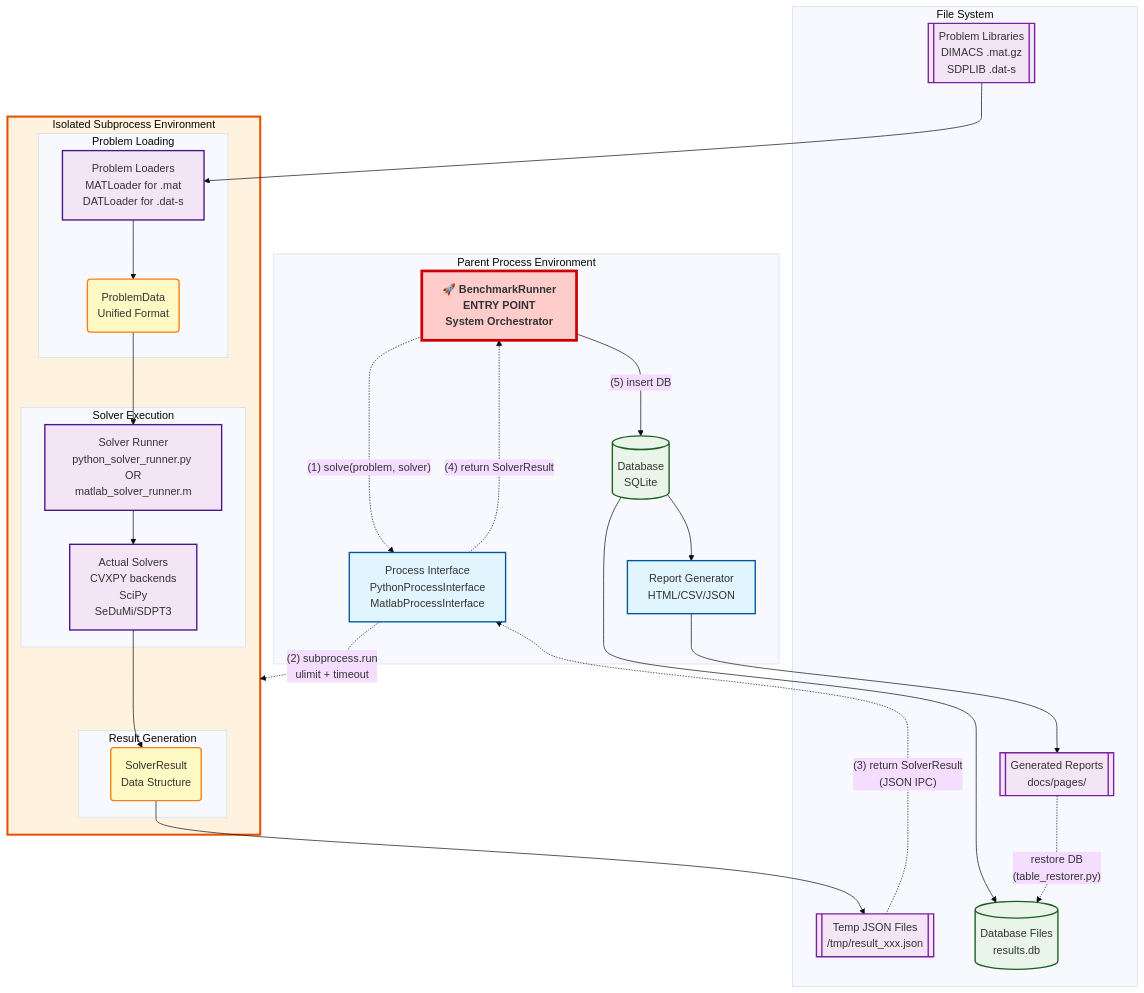
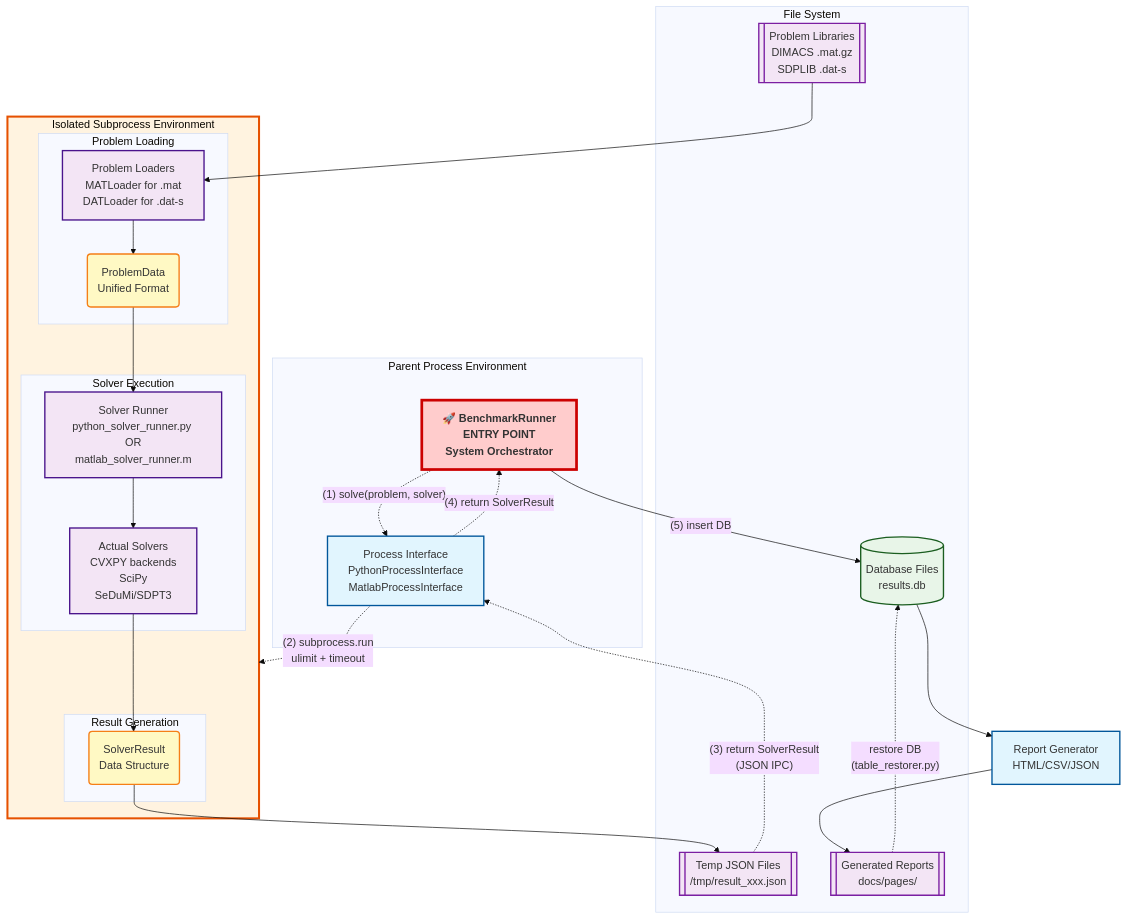
The diagram in docs/development/detail_design.md (napinoco/optimization-solver-benchmark), drawn with Mermaid (base theme) before and after one commit. The commit also changed other lines of this file and 1 other file, not shown here.

Commit message:
[Fix] Improve database directory management and architecture diagram
- Add .gitkeep to database/ directory to preserve empty directory structure
- Update detail_design.md mermaid diagram:
  - Remove intermediate Database SQLite node for cleaner architecture
  - Move Report Generator outside Parent Process Environment
  - Direct insert DB operations to results.db file
  - Update node legends and execution flow descriptions
  - Simplify data flow from BenchmarkRunner directly to database file

Architecture improvement:
- Clearer data flow representation
- Simplified database operations model
- Report Generator as independent component
- Maintained JSON restoration capabilities

🤖 Generated with [Claude Code](https://claude.ai/code)

````diff
--- a/docs/development/detail_design.md
+++ b/docs/development/detail_design.md
@@ -106,71 +106,71 @@
 ```mermaid
 graph TB
     %% Parent Process Components
     subgraph "Parent Process Environment"
         BR["🚀 BenchmarkRunner<br/>ENTRY POINT<br/>System Orchestrator"]
         PI["Process Interface<br/>PythonProcessInterface<br/>MatlabProcessInterface"]
-        DB[("Database<br/>SQLite")]
-        RPT["Report Generator<br/>HTML/CSV/JSON"]
     end
+    
+    %% Report Generator (separate from parent process)
+    RPT["Report Generator<br/>HTML/CSV/JSON"]
     
     %% Isolated Subprocess
     subgraph SUB ["Isolated Subprocess Environment"]
         subgraph "Problem Loading"
             PL["Problem Loaders<br/>MATLoader for .mat<br/>DATLoader for .dat-s"]
             PD("ProblemData<br/>Unified Format")
         end
         
         subgraph "Solver Execution"
             SR["Solver Runner<br/>python_solver_runner.py OR<br/>matlab_solver_runner.m"]
             SOL["Actual Solvers<br/>CVXPY backends<br/>SciPy<br/>SeDuMi/SDPT3"]
         end
         
         subgraph "Result Generation"
             RES("SolverResult<br/>Data Structure")
         end
     end
     
     %% File System Storage
     subgraph "File System"
         PF[["Problem Libraries<br/>DIMACS .mat.gz<br/>SDPLIB .dat-s"]]
         TJ[["Temp JSON Files<br/>/tmp/result_xxx.json"]]
         DBF[("Database Files<br/>results.db")]
         HTML[["Generated Reports<br/>docs/pages/"]]
     end
     
     %% Sequential Execution Flow with Numbers
     BR -.->|"(1) solve(problem, solver)"| PI
     PI -.->|"(2) subprocess.run<br/>ulimit + timeout"| SUB
     
     PF --> PL
     PL --> PD
     PD --> SR
     SR --> SOL
     SOL --> RES
     RES --> TJ
     
     TJ -.->|"(3) return SolverResult<br/>(JSON IPC)"| PI
     PI -.->|"(4) return SolverResult"| BR
-    BR -->|"(5) insert DB"| DB
-    DB --> DBF
-    DB --> RPT
+    BR -->|"(5) insert DB"| DBF
+    DBF --> RPT
     RPT --> HTML
     HTML -.->|"restore DB<br/>(table_restorer.py)"| DBF
     
     %% Styling
     classDef entryPoint fill:#ffcccc,stroke:#cc0000,stroke-width:4px,font-weight:bold
     classDef processBox fill:#e1f5fe,stroke:#01579b,stroke-width:2px
     classDef subprocessBox fill:#f3e5f5,stroke:#4a148c,stroke-width:2px
     classDef internalDataBox fill:#fff9c4,stroke:#f57f17,stroke-width:2px
     classDef databaseBox fill:#e8f5e8,stroke:#1b5e20,stroke-width:2px
     classDef fileBox fill:#f3e5f5,stroke:#7b1fa2,stroke-width:2px
     classDef isolationBox fill:#fff3e0,stroke:#e65100,stroke-width:3px
     
     class BR entryPoint
     class PI,RPT processBox
     class PL,SR,SOL subprocessBox
     class PD,RES internalDataBox
-    class DB,DBF databaseBox
+    class DBF databaseBox
     class PF,TJ,HTML fileBox
     class SUB isolationBox
 ```
````
